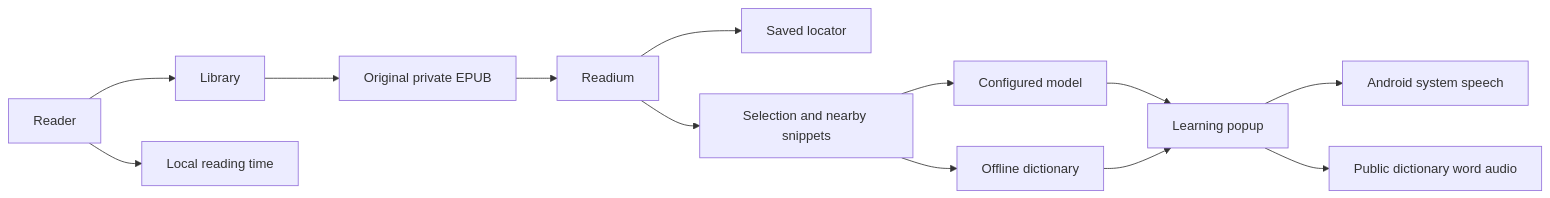
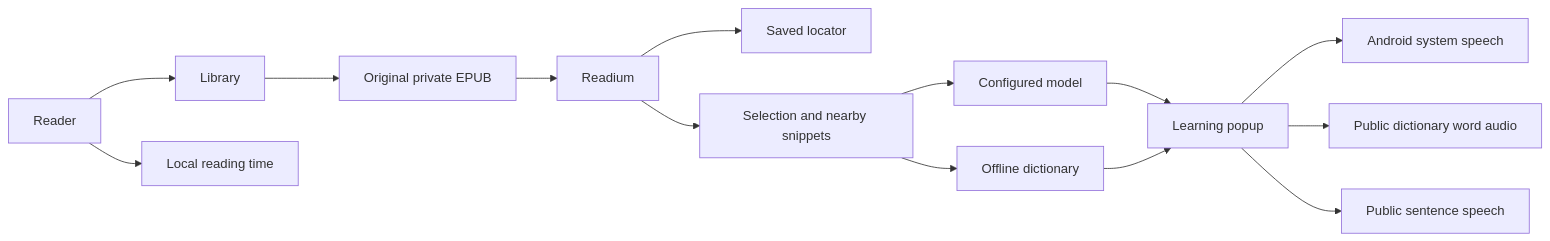
The diagram in agent-doc/essential/ARCHITECTURE.md (Wake-C/peekturn), drawn with Mermaid before and after one commit. The commit also changed other lines of this file and 16 other files, not shown here.

````diff
--- a/agent-doc/essential/ARCHITECTURE.md
+++ b/agent-doc/essential/ARCHITECTURE.md
@@ -7,15 +7,16 @@
 ```mermaid
 flowchart LR
     Reader --> Library
     Library --> EPUB[Original private EPUB]
     EPUB --> Readium
     Readium --> Location[Saved locator]
     Readium --> Selection[Selection and nearby snippets]
     Selection --> AI[Configured model]
     Selection --> Dictionary[Offline dictionary]
     AI --> Popup[Learning popup]
     Dictionary --> Popup
     Popup --> TTS[Android system speech]
     Popup --> WordAudio[Public dictionary word audio]
+    Popup --> SentenceAudio[Public sentence speech]
     Reader --> Time[Local reading time]
 ```
````
